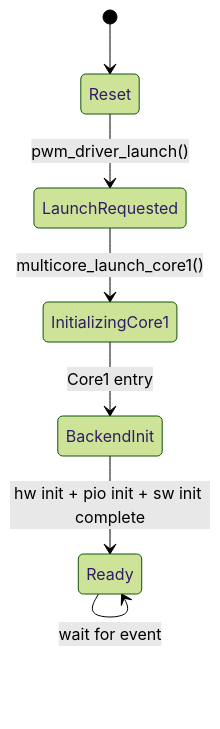
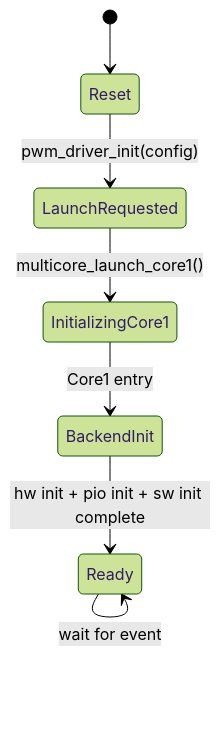
Before and after one commit to djwinter29-oss/PicoPWM: the first of 8 diagrams in docs/detail/pwm_driver_design.md, drawn with Mermaid (forest theme). The commit also changed other lines of this file and 67 other files, not shown here.

````diff
--- a/docs/detail/pwm_driver_design.md
+++ b/docs/detail/pwm_driver_design.md
@@ -240,11 +243,11 @@
 ```mermaid
 stateDiagram-v2
     [*] --> Reset
-    Reset --> LaunchRequested: pwm_driver_launch()
+    Reset --> LaunchRequested: pwm_driver_init(config)
     LaunchRequested --> InitializingCore1: multicore_launch_core1()
     InitializingCore1 --> BackendInit: Core1 entry
     BackendInit --> Ready: hw init + pio init + sw init complete
     Ready --> Ready: process mailbox command
     Ready --> Ready: publish state snapshot
     Ready --> Ready: wait for event
 ```
````
